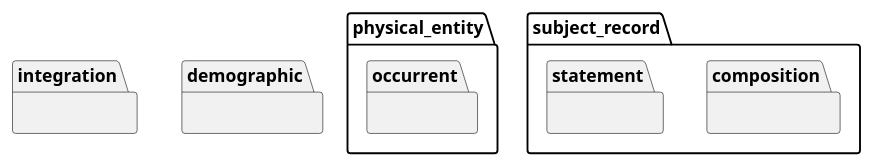
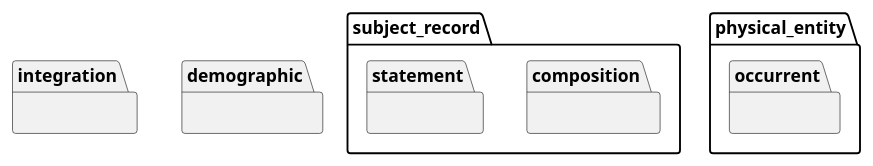
One commit to wolandscat/openehr-doc changed the diagram in modules/ROOT/examples/bmm/foundation/foundation-package-uml.adoc. Above: the diagram before and after it, drawn with PlantUML. The commit also changed other lines of this file and 293 other files, not shown here.

Commit message:
Regen with tweaks to UML output and correct metatypes for nested generics.

```diff
--- a/modules/ROOT/examples/bmm/foundation/foundation-package-uml.adoc
+++ b/modules/ROOT/examples/bmm/foundation/foundation-package-uml.adoc
@@ -3,22 +3,22 @@
 [plantuml,opts=interactive,link=self]
 ....
 skinparam groupInheritance 2
 skinparam citedClassColor #FDFDFD
 
-
-package physical_entity.occurrent {
-}
 
 package subject_record.composition {
 }
 
 package subject_record.statement {
 }
 
 package integration {
 }
 
 package demographic {
 }
 
+package physical_entity.occurrent {
+}
+
 ....
```
